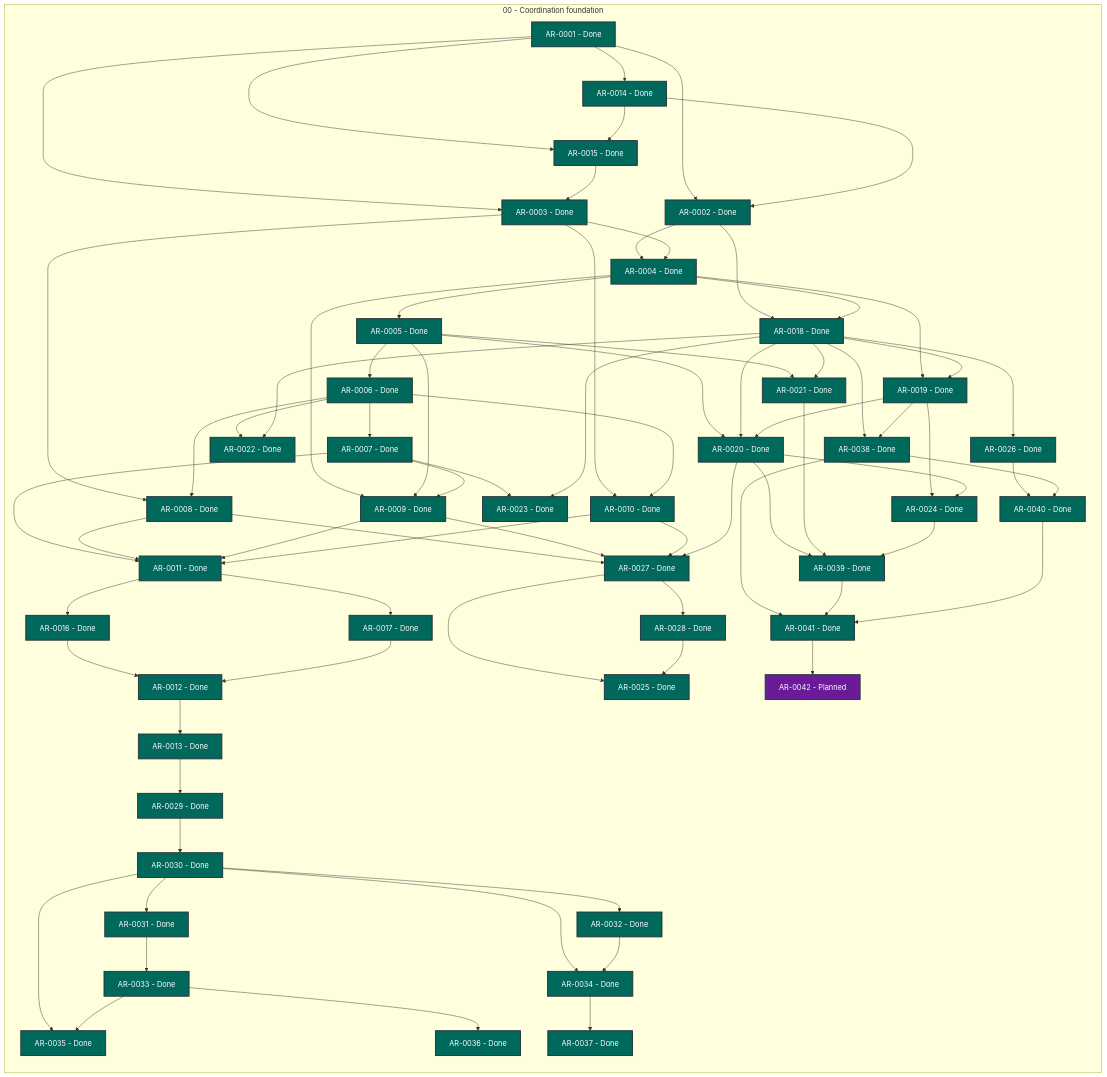
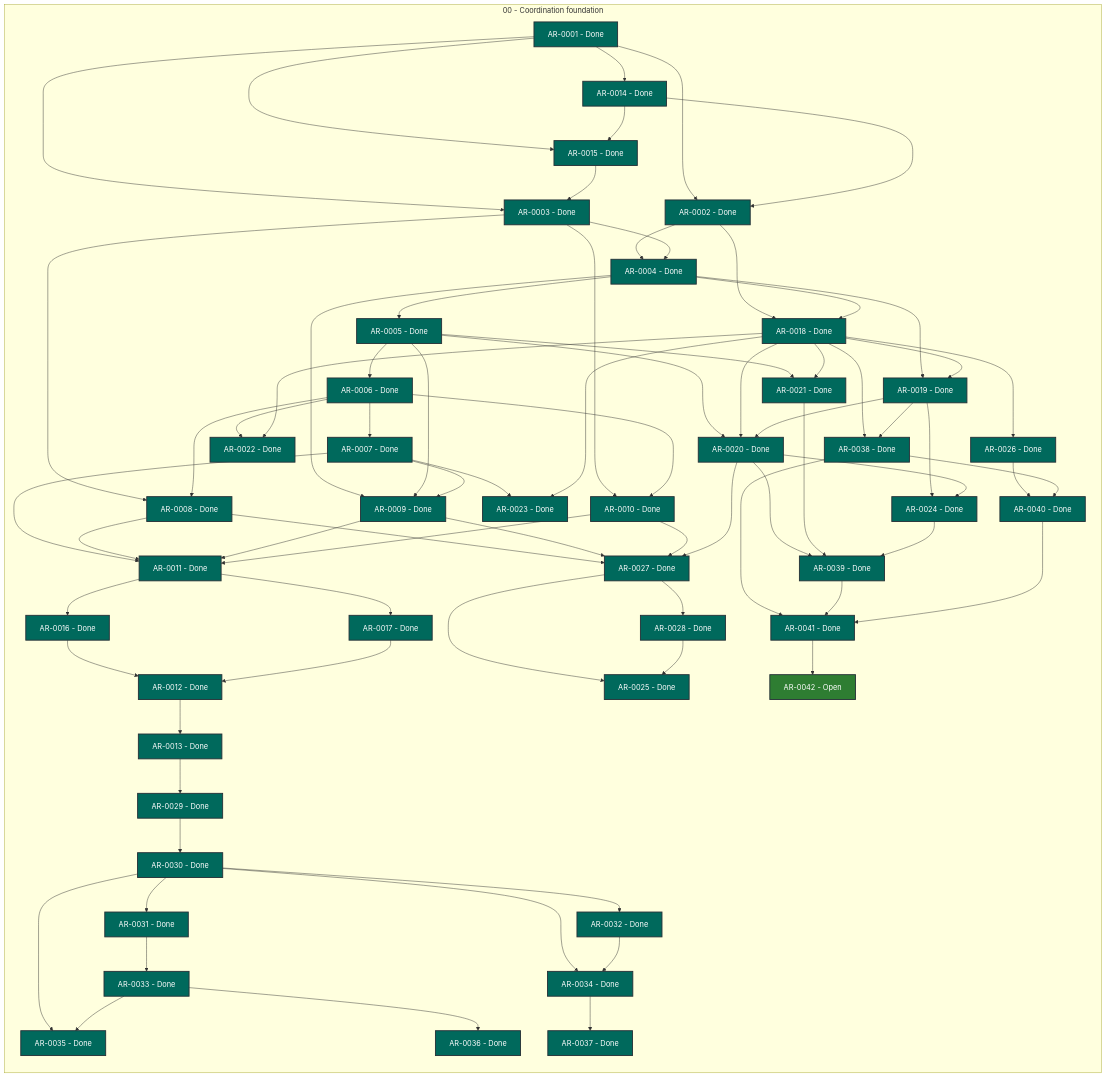
One commit to martin-beck/agent-workflow-tui-state changed the diagram in STATUS.md. Above: the diagram before and after it, drawn with Mermaid. The commit also changed other lines of this file and 2 other files, not shown here.

```diff
--- a/STATUS.md
+++ b/STATUS.md
@@ -69,7 +69,7 @@
         AR_0039["AR-0039 - Done"]:::status_done
         AR_0040["AR-0040 - Done"]:::status_done
         AR_0041["AR-0041 - Done"]:::status_done
-        AR_0042["AR-0042 - Planned"]:::status_planned
+        AR_0042["AR-0042 - Open"]:::status_open
     end
     AR_0001 --> AR_0002
     AR_0001 --> AR_0003
```
